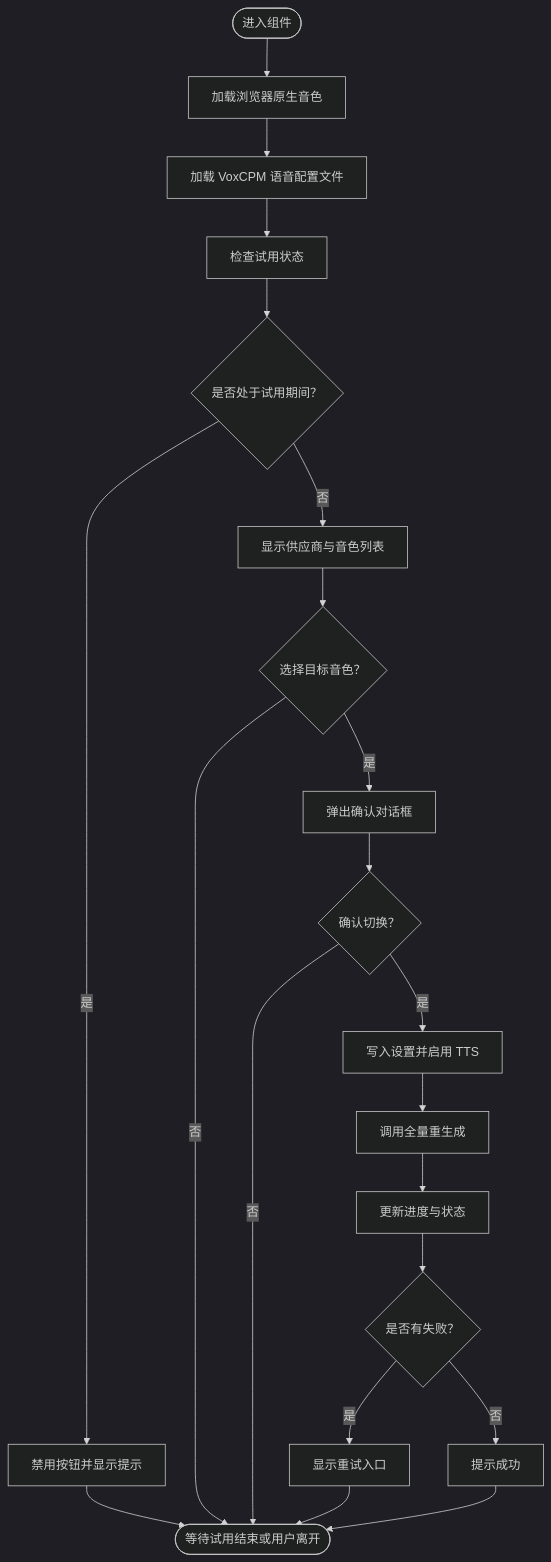
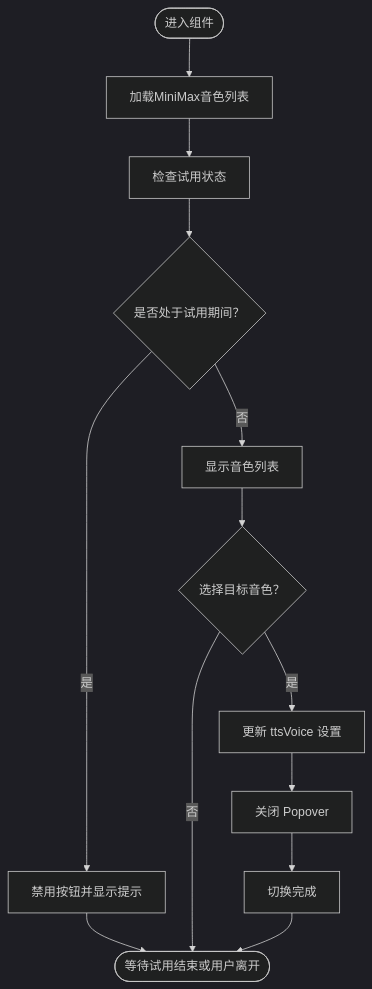
One commit to huangboheng/OpenMAIC changed the fifth of 8 diagrams in .qoder/repowiki/zh/content/UI 组件系统/课堂播放组件/导师语音切换器组件.md. Above: the diagram before and after it, drawn with Mermaid (dark theme). The commit also changed other lines of this file and 9 other files, not shown here.

````diff
--- a/.qoder/repowiki/zh/content/UI 组件系统/课堂播放组件/导师语音切换器组件.md
+++ b/.qoder/repowiki/zh/content/UI 组件系统/课堂播放组件/导师语音切换器组件.md
@@ -400,23 +259,15 @@
 ```mermaid
 flowchart TD
-Start(["进入组件"]) --> LoadVoices["加载浏览器原生音色"]
-LoadVoices --> LoadVoxCPM["加载 VoxCPM 语音配置文件"]
-LoadVoxCPM --> CheckTrial["检查试用状态"]
+Start(["进入组件"]) --> LoadVoices["加载MiniMax音色列表"]
+LoadVoices --> CheckTrial["检查试用状态"]
 CheckTrial --> IsTrial{"是否处于试用期间？"}
 IsTrial --> |是| DisableButton["禁用按钮并显示提示"]
-IsTrial --> |否| ShowPopover["显示供应商与音色列表"]
+IsTrial --> |否| ShowPopover["显示音色列表"]
 DisableButton --> Wait(["等待试用结束或用户离开"])
 ShowPopover --> SelectVoice{"选择目标音色？"}
 SelectVoice --> |否| Wait
-SelectVoice --> |是| ConfirmDialog["弹出确认对话框"]
-ConfirmDialog --> Confirm{"确认切换？"}
-Confirm --> |否| Wait
-Confirm --> |是| Apply["写入设置并启用 TTS"]
-Apply --> Regen["调用全量重生成"]
-Regen --> Progress["更新进度与状态"]
-Progress --> Result{"是否有失败？"}
-Result --> |是| Retry["显示重试入口"]
-Result --> |否| Success["提示成功"]
-Retry --> Wait
-Success --> Wait
+SelectVoice --> |是| UpdateVoice["更新 ttsVoice 设置"]
+UpdateVoice --> ClosePopover["关闭 Popover"]
+ClosePopover --> SwitchComplete["切换完成"]
+SwitchComplete --> Wait
 ```
````
